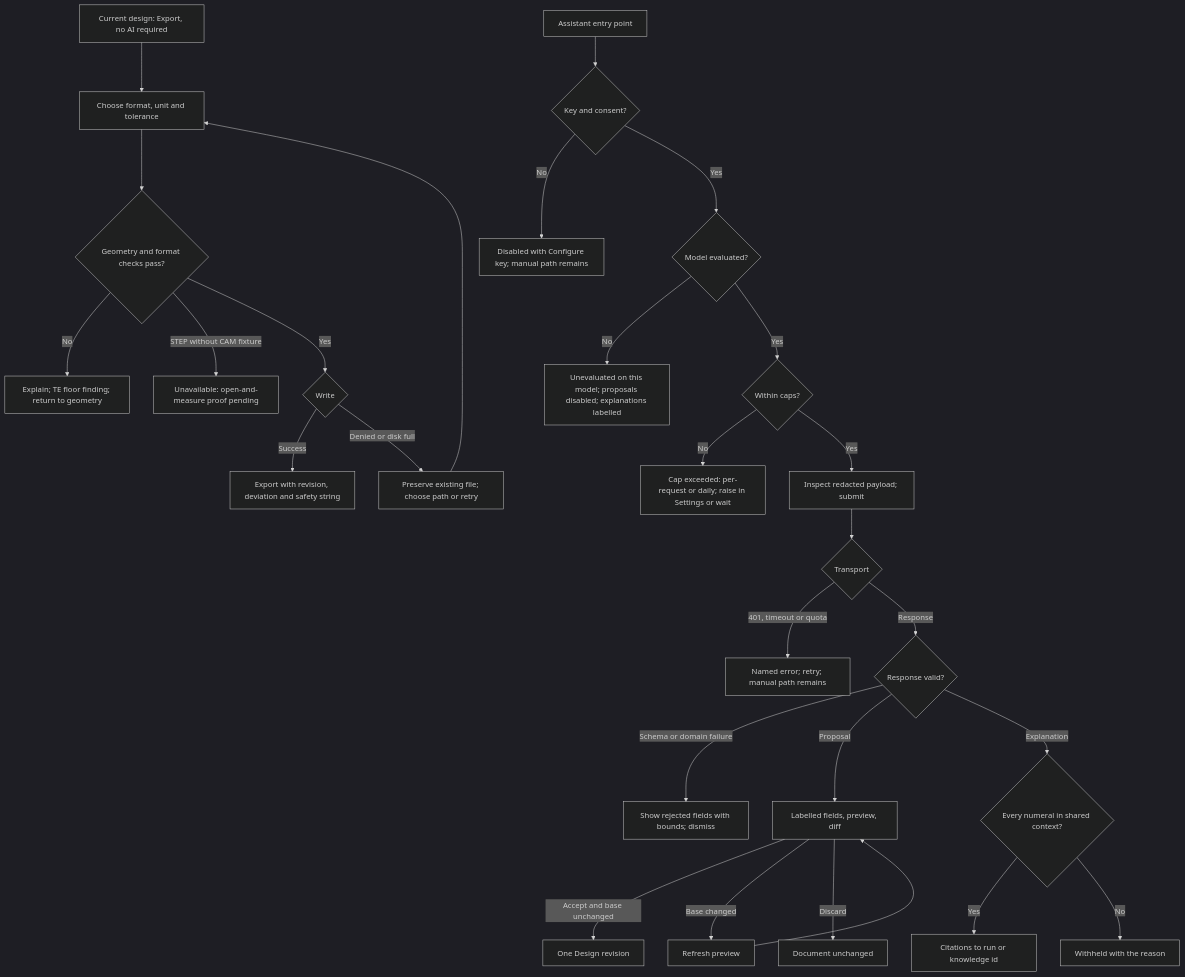
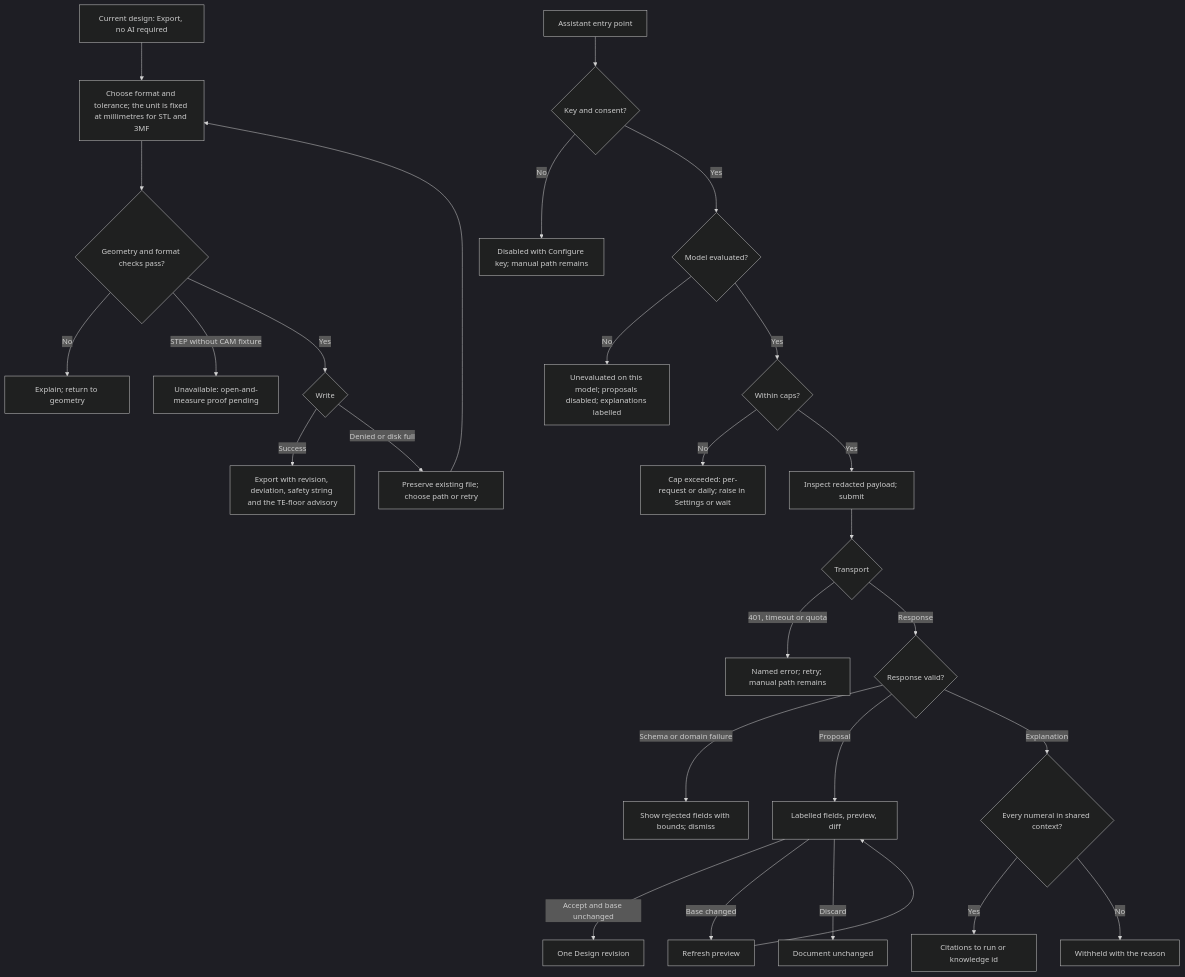
The sixth of 13 diagrams in docs/specs/cfd-workbench-v1.md (timianmalloo/CFD-Workbench), drawn with Mermaid (dark theme) before and after one commit. The commit also changed other lines of this file and 3 other files, not shown here.

Commit message:
docs(spec): revision 1.7.6 - Export amendments A1-A14 (Ruling 196), H.6, amendments/spec-1.7.6.md; rendered

````diff
--- a/docs/specs/cfd-workbench-v1.md
+++ b/docs/specs/cfd-workbench-v1.md
@@ -1653,30 +1653,30 @@
 ```mermaid
 flowchart TD
-X[Current design: Export, no AI required] --> L[Choose format, unit and tolerance]
+X[Current design: Export, no AI required] --> L[Choose format and tolerance; the unit is fixed at millimetres for STL and 3MF]
 L --> M{Geometry and format checks pass?}
-M -->|No| N[Explain; TE floor finding; return to geometry]
+M -->|No| N[Explain; return to geometry]
 M -->|STEP without CAM fixture| P[Unavailable: open-and-measure proof pending]
 M -->|Yes| O{Write}
-O -->|Success| S[Export with revision, deviation and safety string]
+O -->|Success| S[Export with revision, deviation, safety string and the TE-floor advisory]
 O -->|Denied or disk full| T[Preserve existing file; choose path or retry]
 T --> L
 A[Assistant entry point] --> B{Key and consent?}
 B -->|No| C[Disabled with Configure key; manual path remains]
 B -->|Yes| B2{Model evaluated?}
 B2 -->|No| C2[Unevaluated on this model; proposals disabled; explanations labelled]
 B2 -->|Yes| B3{Within caps?}
 B3 -->|No| C3[Cap exceeded: per-request or daily; raise in Settings or wait]
 B3 -->|Yes| D[Inspect redacted payload; submit]
 D --> D2{Transport}
 D2 -->|401, timeout or quota| C4[Named error; retry; manual path remains]
 D2 -->|Response| E{Response valid?}
 E -->|Schema or domain failure| F[Show rejected fields with bounds; dismiss]
 E -->|Proposal| G[Labelled fields, preview, diff]
 G -->|Accept and base unchanged| H[One Design revision]
 G -->|Base changed| I[Refresh preview]
 I --> G
 G -->|Discard| J[Document unchanged]
 E -->|Explanation| K{Every numeral in shared context?}
 K -->|Yes| K2[Citations to run or knowledge id]
 K -->|No| K3[Withheld with the reason]
 ```
````
